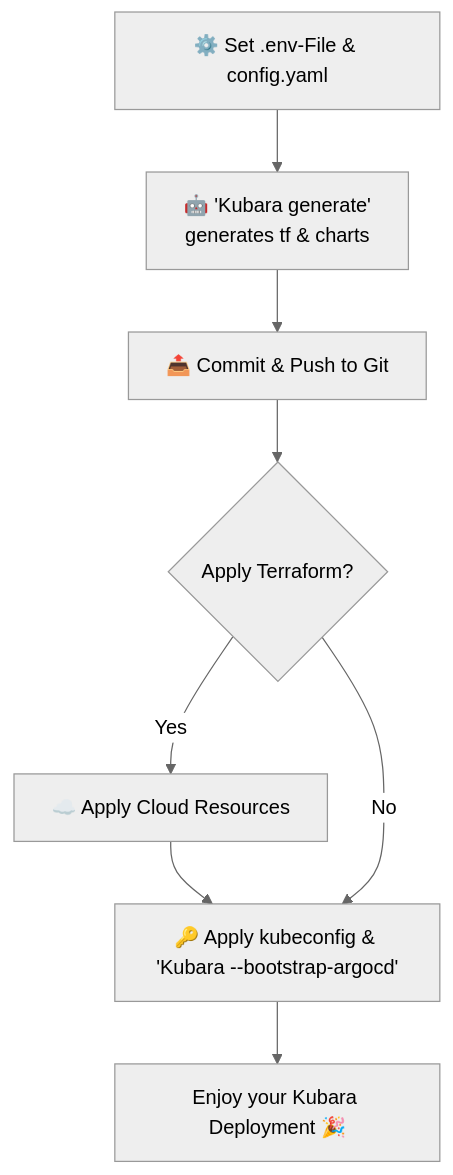
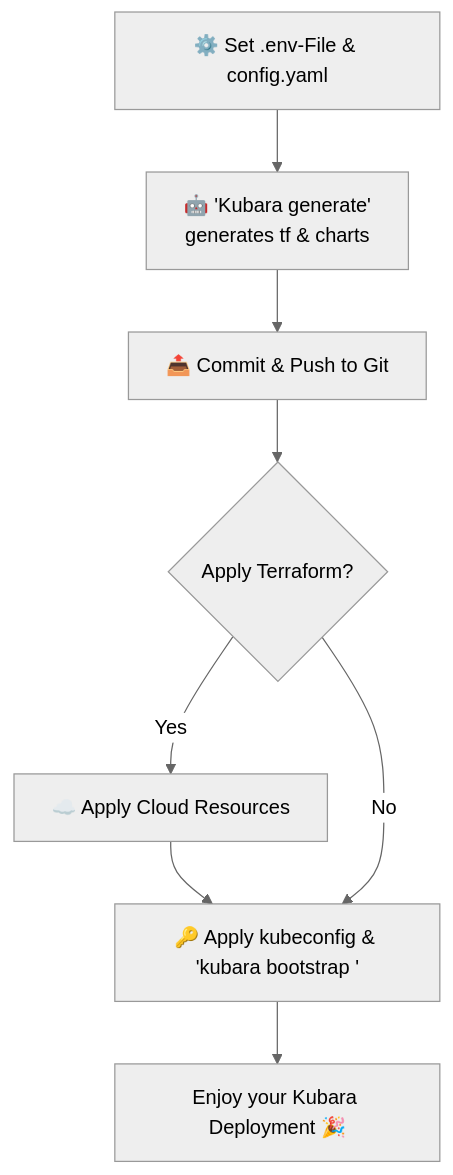
One commit to kubara-io/kubara changed the diagram in docs/content/1_getting_started/overview_core_concept.md. Above: the diagram before and after it, drawn with Mermaid (neutral theme). The commit also changed other lines of this file and 12 other files, not shown here.

````diff
--- a/docs/content/1_getting_started/overview_core_concept.md
+++ b/docs/content/1_getting_started/overview_core_concept.md
@@ -21,10 +21,10 @@
 ``` mermaid
 graph TD
     A[⚙️ Set .env-File & config.yaml] --> B;
     B[🤖 'Kubara generate' <br> generates tf & charts] --> C;
     C[📤 Commit & Push to Git] --> D{Apply Terraform?};
     D -- Yes --> G[☁️ Apply Cloud Resources];
-    G --> I[🔑 Apply kubeconfig & 'Kubara --bootstrap-argocd'];
+    G --> I[🔑 Apply kubeconfig & 'kubara bootstrap <cluster-name>'];
     D -- No --> I;
     I --> F[Enjoy your Kubara Deployment 🎉];
 ```
````
